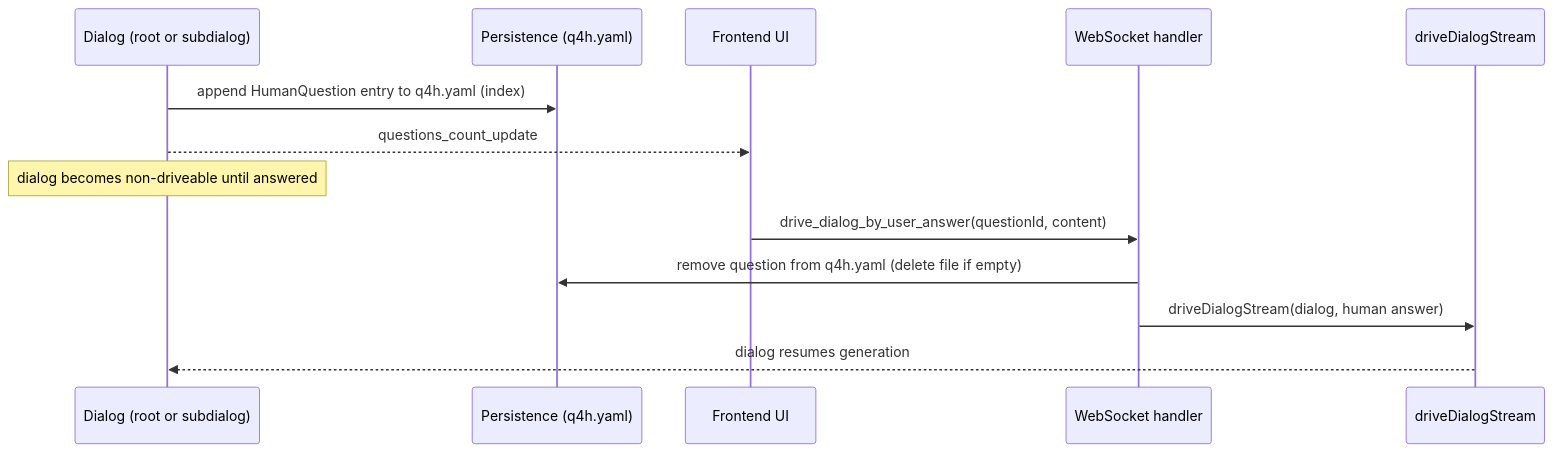
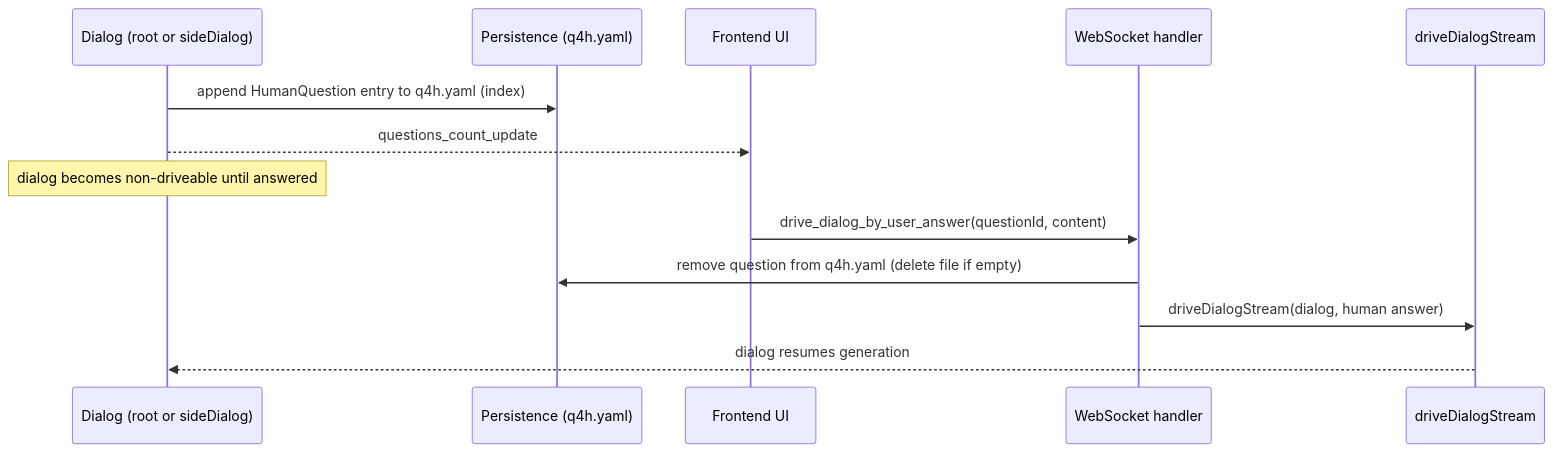
One commit to longrun-ai/dominds changed the third of 18 diagrams in docs/dialog-system.md. Above: the diagram before and after it, drawn with Mermaid. The commit also changed other lines of this file and 195 other files, not shown here.

````diff
--- a/docs/dialog-system.md
+++ b/docs/dialog-system.md
@@ -515,17 +515,17 @@
 ```mermaid
 sequenceDiagram
-  participant D as Dialog (root or subdialog)
+  participant D as Dialog (root or sideDialog)
   participant P as Persistence (q4h.yaml)
   participant UI as Frontend UI
   participant WS as WebSocket handler
   participant Driver as driveDialogStream
 
   D->>P: append HumanQuestion entry to q4h.yaml (index)
   D-->>UI: questions_count_update
   Note over D: dialog becomes non-driveable until answered
 
   UI->>WS: drive_dialog_by_user_answer(questionId, content)
   WS->>P: remove question from q4h.yaml (delete file if empty)
   WS->>Driver: driveDialogStream(dialog, human answer)
   Driver-->>D: dialog resumes generation
 ```
````
